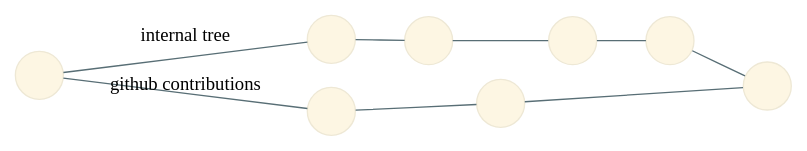
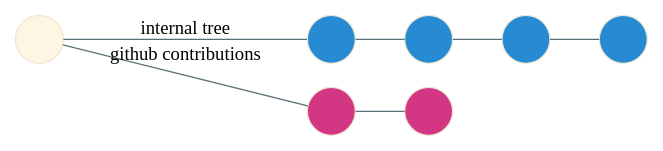
The diagram in report/src/img/branch-divergence/branch-divergence.dot (Makohoek/internship-report), drawn with Graphviz before and after one commit. The commit also changed 1 other file, not shown here.

```diff
--- a/report/src/img/branch-divergence/branch-divergence.dot
+++ b/report/src/img/branch-divergence/branch-divergence.dot
@@ -1,46 +1,52 @@
 /**
  * branch divergence with solarized light colorscheme
  *
  * <mattijs.korpershoek@gmail.com>
  */
 
 /*
  * Solarized colorscheme:
  * $base03:    #002b36;
  * $base02:    #073642;
  * $base01:    #586e75;
  * $base00:    #657b83;
  * $base0:     #839496;
  * $base1:     #93a1a1;
  * $base2:     #eee8d5;
  * $base3:     #fdf6e3;
  * $yellow:    #b58900;
  * $orange:    #cb4b16;
  * $red:       #dc322f;
  * $magenta:   #d33682;
  * $violet:    #6c71c4;
  * $blue:      #268bd2;
  * $cyan:      #2aa198;
  * $green:     #859900;
  * */
 graph hierarchy
 {
   size="15,15"
     node[shape=circle, label="", style=filled,fillcolor="#fdf6e3", fontcolor="#657b83", color="#eee8d5"]
     edge[dir=none, arrowtail=none, color="#586e75"]
     rankdir="LR"  //left to right ranking
     splines=false // straight lines
 
+ia [fillcolor="#268bd2"];
+ib [fillcolor="#268bd2"];
+ic [fillcolor="#268bd2"];
+id [fillcolor="#268bd2"];
+
+ga [fillcolor="#d33682"];
+gb [fillcolor="#d33682"];
+
 // internal tree
-common -- ia [label="internal tree"];
-ia -- ib -- ic -- id -- merge;
+common -- ia [label="internal tree", weight=100];
+ia -- ib -- ic -- id;
 
 // github changes
 common -- ga [label="github contributions"];
-ga -- gb -- merge;
+ga -- gb;
 
 // let's align some nodes for a prettier effect
-// { rank=same; ia; ga; }
-// { rank=same; ic; gb; }
 
 }
```
